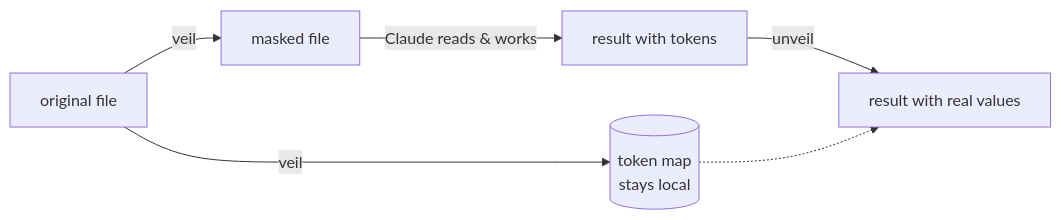
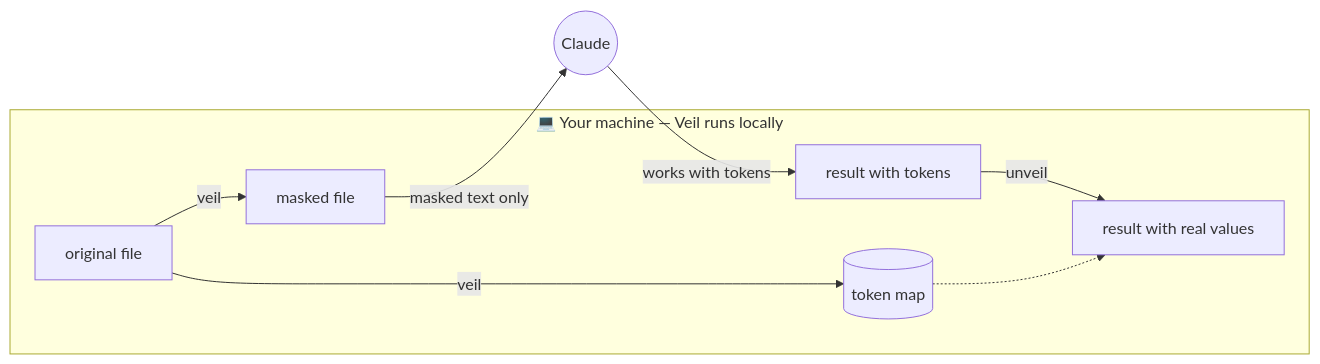
One commit to min-1225/veil-skill changed the diagram in README.md. Above: the diagram before and after it, drawn with Mermaid. The commit also changed other lines of this file and 1 other file, not shown here.

First line of the commit message:
Polish README: 10-second start, API keys, local-first, confident FAQ

````diff
--- a/README.md
+++ b/README.md
@@ -52,8 +57,11 @@
 ```mermaid
 flowchart LR
-    A[original file] -->|veil| B[masked file]
-    A -->|veil| M[(token map<br/>stays local)]
-    B -->|Claude reads & works| C[result with tokens]
-    C -->|unveil| D[result with real values]
-    M -.-> D
+    subgraph local["💻 Your machine — Veil runs locally"]
+        A[original file] -->|veil| B[masked file]
+        A -->|veil| M[(token map)]
+        C[result with tokens] -->|unveil| D[result with real values]
+        M -.-> D
+    end
+    B -->|masked text only| CL((Claude))
+    CL -->|works with tokens| C
 ```
````
